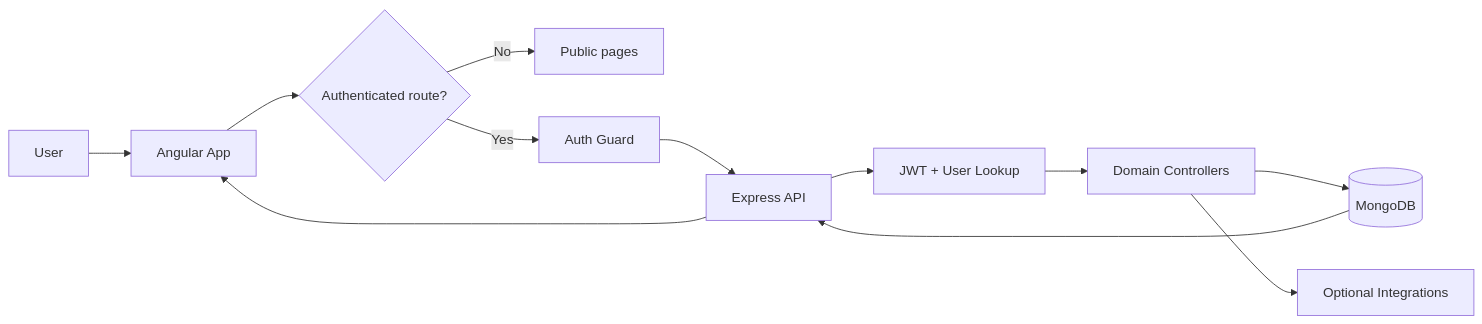
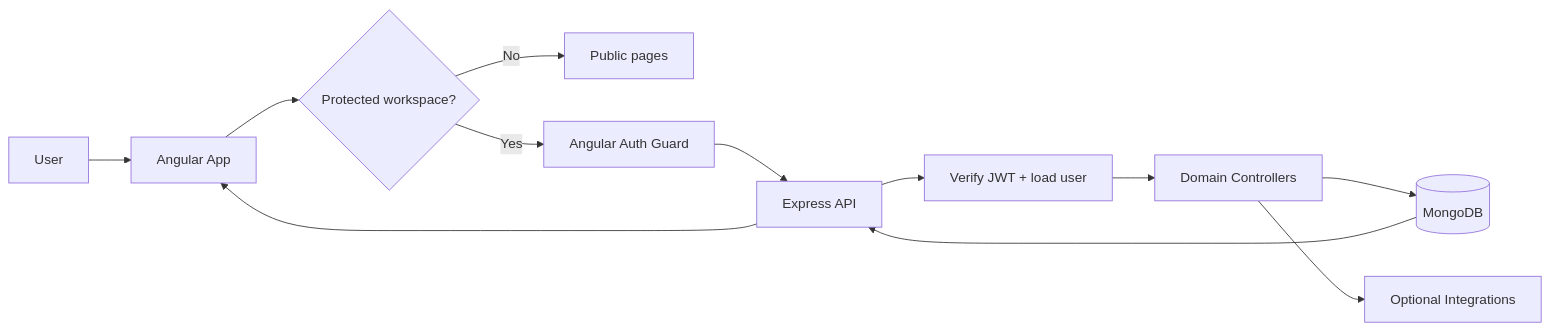
Before and after one commit to HidayahMF/PadelLifeHub: the first of 7 diagrams in docs/development-pipeline.md, drawn with Mermaid. The commit also changed other lines of this file, not shown here.

````diff
--- a/docs/development-pipeline.md
+++ b/docs/development-pipeline.md
@@ -9,14 +22,14 @@
 ```mermaid
 flowchart LR
-    U[User] --> F[Angular App]
-    F --> G{Authenticated route?}
-    G -->|No| P[Public pages]
-    G -->|Yes| A[Auth Guard]
-    A --> API[Express API]
-    API --> JWT[JWT + User Lookup]
-    JWT --> C[Domain Controllers]
-    C --> DB[(MongoDB)]
-    C --> EXT[Optional Integrations]
+    USER[User] --> NG[Angular App]
+    NG --> ROUTE{Protected workspace?}
+    ROUTE -->|No| PUBLIC[Public pages]
+    ROUTE -->|Yes| GUARD[Angular Auth Guard]
+    GUARD --> API[Express API]
+    API --> JWT[Verify JWT + load user]
+    JWT --> CTRL[Domain Controllers]
+    CTRL --> DB[(MongoDB)]
+    CTRL --> EXT[Optional Integrations]
     DB --> API
-    API --> F
+    API --> NG
 ```
````
